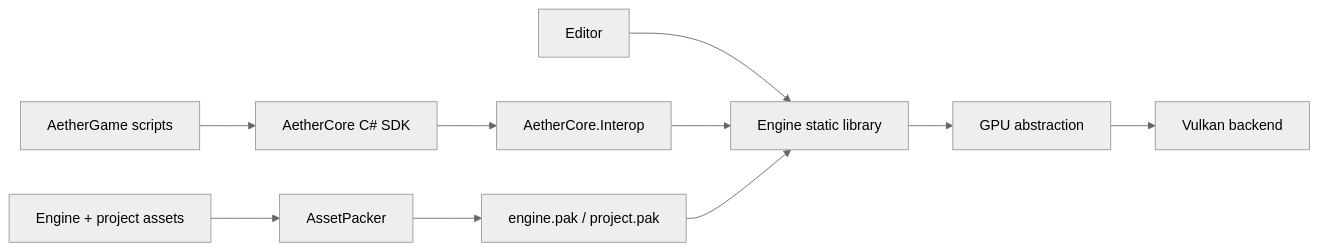
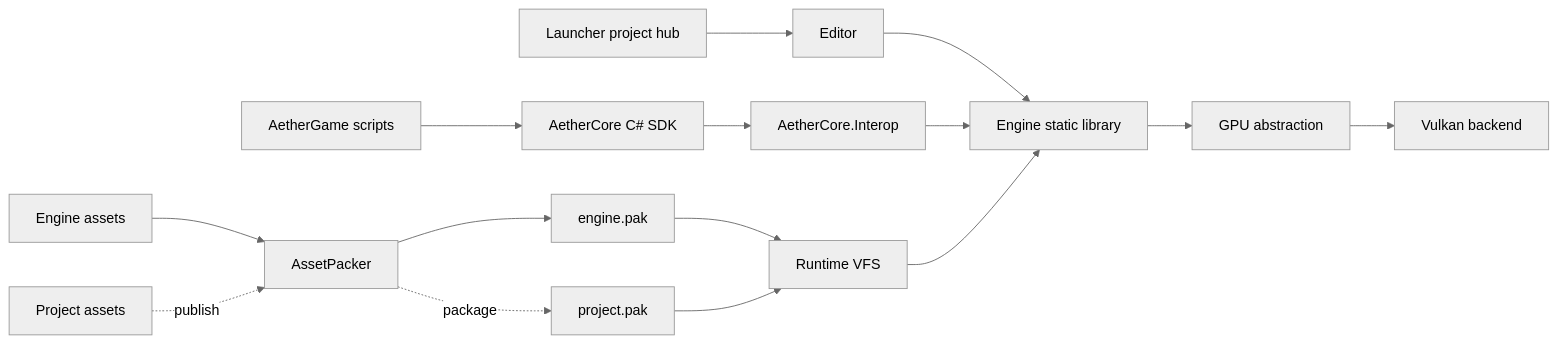
The diagram in README.md (AlexMollard/AetherCore), drawn with Mermaid (neutral theme) before and after one commit. The commit also changed other lines of this file and 5 other files, not shown here.

````diff
--- a/README.md
+++ b/README.md
@@ -147,12 +149,17 @@
 ```mermaid
 flowchart LR
-    Editor["Editor"] --> Engine["Engine static library"]
+    Launcher["Launcher project hub"] --> Editor["Editor"]
+    Editor --> Engine["Engine static library"]
     Scripts["AetherGame scripts"] --> SDK["AetherCore C# SDK"]
     SDK --> Interop["AetherCore.Interop"]
     Interop --> Engine
     Engine --> GPU["GPU abstraction"]
     GPU --> Vulkan["Vulkan backend"]
-    Source["Engine + project assets"] --> Packer["AssetPacker"]
-    Packer --> VFS["engine.pak / project.pak"]
+    EngineAssets["Engine assets"] --> Packer["AssetPacker"]
+    Packer --> EnginePak["engine.pak"]
+    EnginePak --> VFS["Runtime VFS"]
+    ProjectAssets["Project assets"] -. publish .-> Packer
+    Packer -. package .-> ProjectPak["project.pak"]
+    ProjectPak --> VFS
     VFS --> Engine
 ```
````
